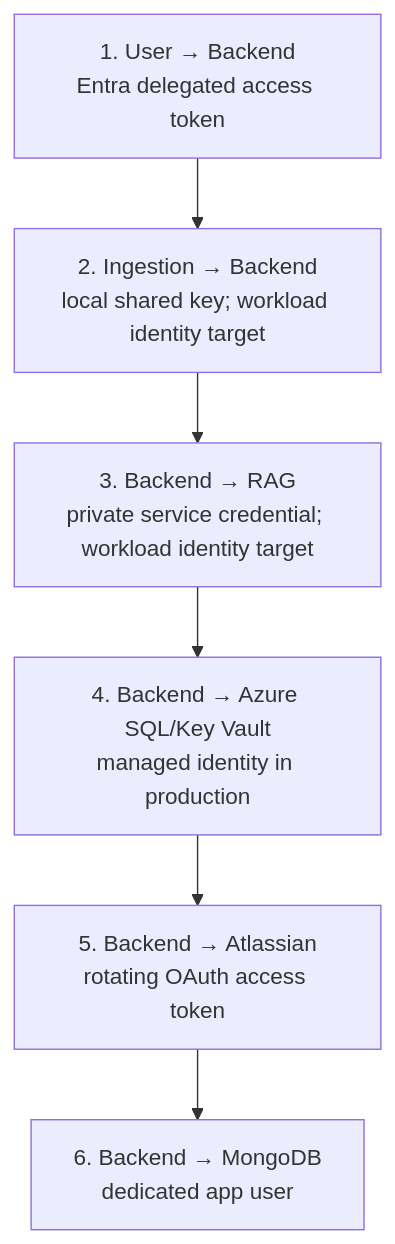
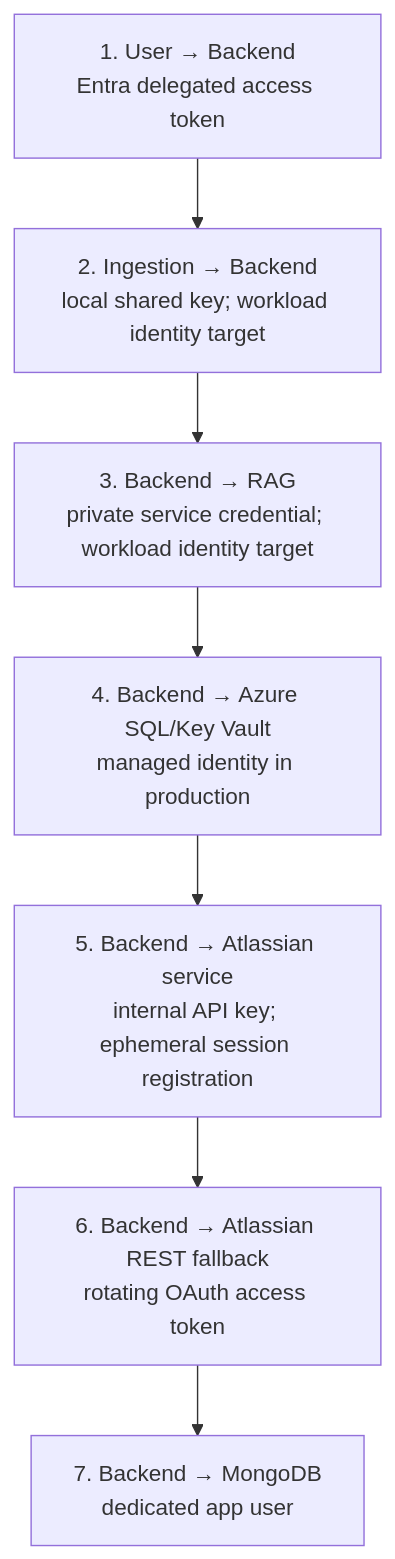
The eighth of 8 diagrams in docs/CURRENT_ARCHITECTURE.md (naveenrajElangovan/project-intelligence-backend), drawn with Mermaid before and after one commit. The commit also changed other lines of this file and 1 other file, not shown here.

Commit message:
docs: update five-service architecture

````diff
--- a/docs/CURRENT_ARCHITECTURE.md
+++ b/docs/CURRENT_ARCHITECTURE.md
@@ -415,11 +446,12 @@
 ```mermaid
 flowchart TD
     T1["1. User → Backend\nEntra delegated access token"]
     T2["2. Ingestion → Backend\nlocal shared key; workload identity target"]
     T3["3. Backend → RAG\nprivate service credential; workload identity target"]
     T4["4. Backend → Azure SQL/Key Vault\nmanaged identity in production"]
-    T5["5. Backend → Atlassian\nrotating OAuth access token"]
-    T6["6. Backend → MongoDB\ndedicated app user"]
+    T5["5. Backend → Atlassian service\ninternal API key; ephemeral session registration"]
+    T6["6. Backend → Atlassian REST fallback\nrotating OAuth access token"]
+    T7["7. Backend → MongoDB\ndedicated app user"]
 
-    T1 --> T2 --> T3 --> T4 --> T5 --> T6
+    T1 --> T2 --> T3 --> T4 --> T5 --> T6 --> T7
 ```
````
